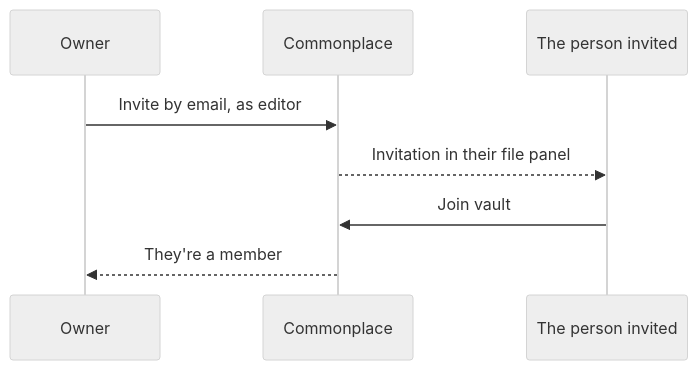
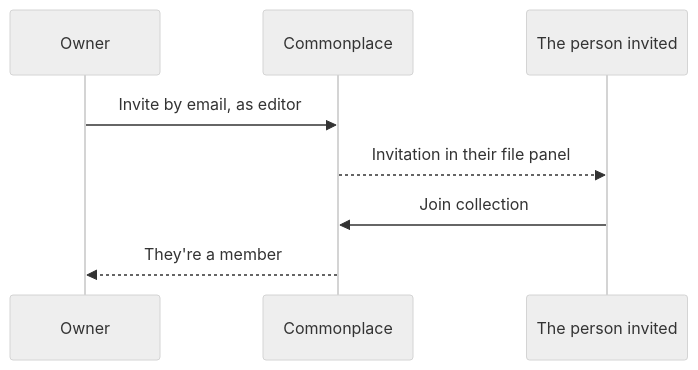
The diagram in docs/help/sharing.md (DavidROliverBA/commonplace-md), drawn with Mermaid (neutral theme) before and after one commit. The commit also changed other lines of this file and 113 other files, not shown here.

````diff
--- a/docs/help/sharing.md
+++ b/docs/help/sharing.md
@@ -24,10 +24,10 @@
 ```mermaid
 sequenceDiagram
   participant O as Owner
   participant C as Commonplace
   participant P as The person invited
   O->>C: Invite by email, as editor
   C-->>P: Invitation in their file panel
-  P->>C: Join vault
+  P->>C: Join collection
   C-->>O: They're a member
 ```
````
